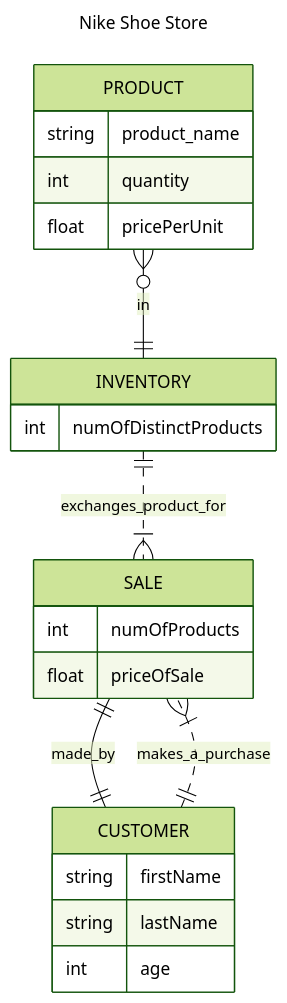
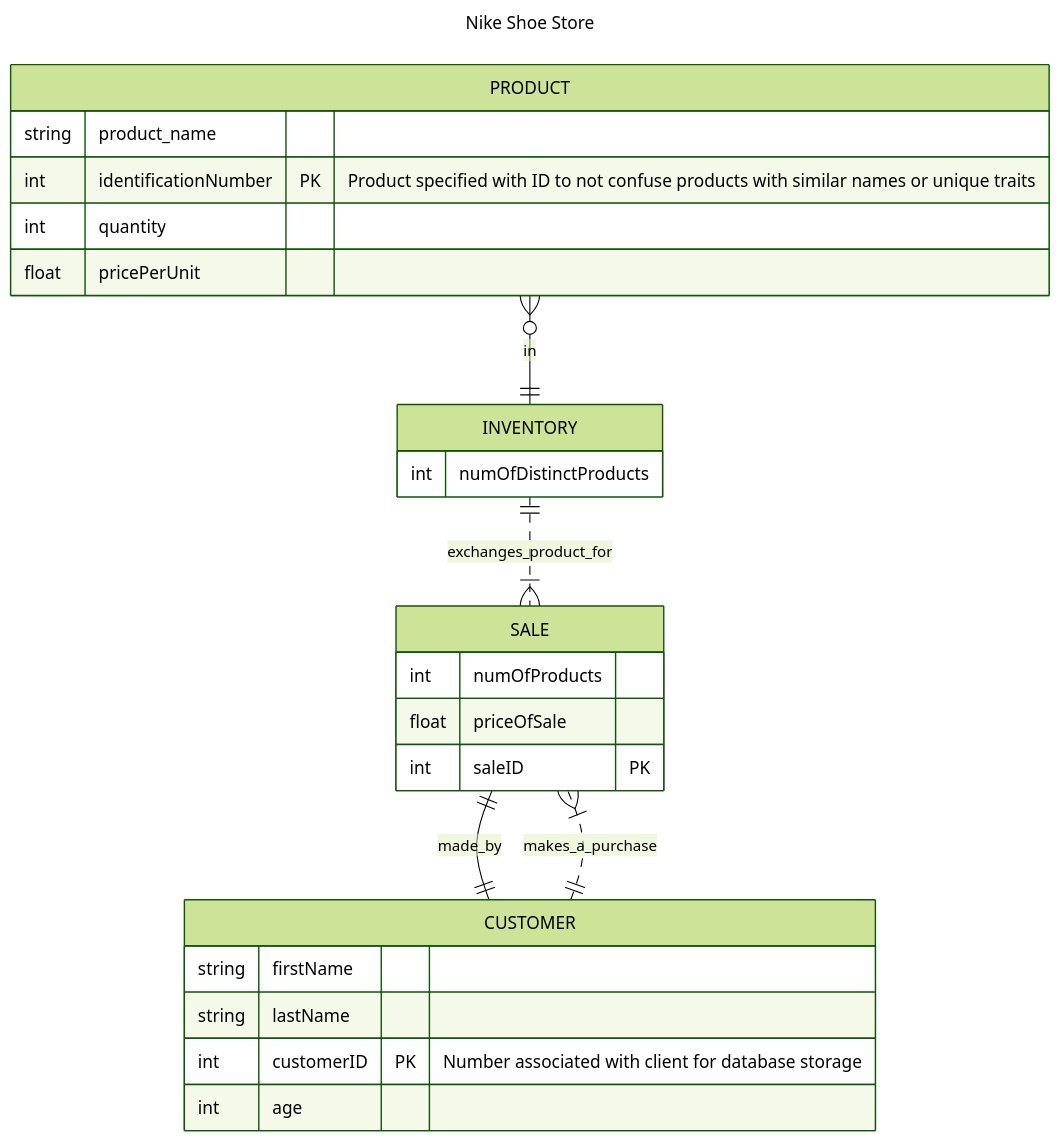
Before and after one commit to sccaster/sccaster.github.io: the diagram in NikeStore_ERD.md, drawn with Mermaid (forest theme).

````diff
--- a/NikeStore_ERD.md
+++ b/NikeStore_ERD.md
@@ -1,32 +1,35 @@
 ```mermaid
 ---
 title: Nike Shoe Store
 ---
 erDiagram
 
   PRODUCT {
     string product_name
+    int identificationNumber PK "Product specified with ID to not confuse products with similar names or unique traits"
     int quantity
     float pricePerUnit
   }
  
   CUSTOMER {
     string firstName
     string lastName
+    int customerID PK "Number associated with client for database storage"
     int age
   }
   
   SALE {
     int numOfProducts
     float priceOfSale
+    int saleID PK
   }
   
   INVENTORY {
     int numOfDistinctProducts
     
   }
   CUSTOMER ||..|{ SALE : makes_a_purchase
   INVENTORY ||..|{ SALE : exchanges_product_for
   PRODUCT }o--||INVENTORY : in
   SALE ||--|| CUSTOMER : made_by
 ```
````
